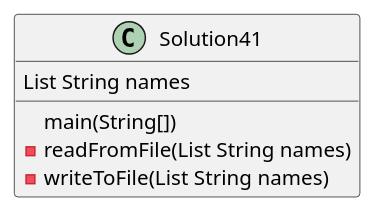
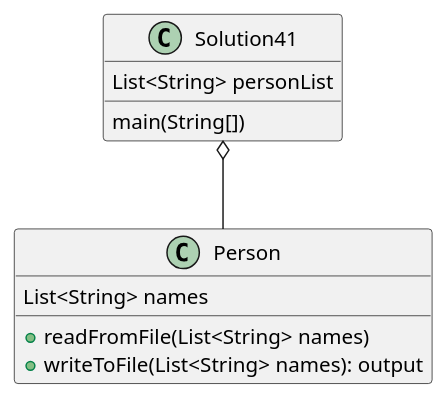
One commit to nader-fares/fares-a04 changed the diagram in exercise41/docs/main.puml. Above: the diagram before and after it, drawn with PlantUML. The commit also changed 36 other files, not shown here.

Commit message:
exercise 41 & 41: created classes that the methods were separated into, uml diagrams

```diff
--- a/exercise41/docs/main.puml
+++ b/exercise41/docs/main.puml
@@ -1,9 +1,16 @@
 @startuml
 'https://plantuml.com/sequence-diagram
 class Solution41 {
 main(String[])
-List String names
--readFromFile(List String names)
--writeToFile(List String names)
+List<String> personList
+'Collections.sort(personList)
 }
+
+class Person {
+List<String> names
++readFromFile(List<String> names)
++writeToFile(List<String> names): output
+}
+
+Solution41 o-- Person
 @enduml
```
